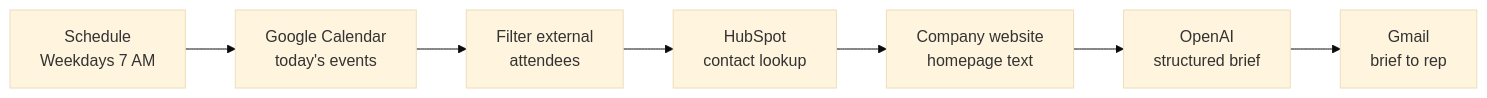
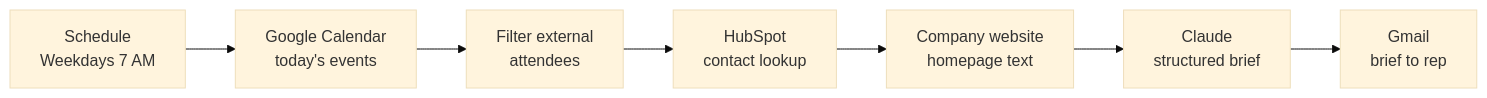
The diagram in Automated Sales Meeting Prep/README.md (Nihal-Hiremath/n8n-ai-automations), drawn with Mermaid (base theme) before and after one commit. The commit also changed other lines of this file and 1 other file, not shown here.

````diff
--- a/Automated Sales Meeting Prep/README.md
+++ b/Automated Sales Meeting Prep/README.md
@@ -11,9 +11,9 @@
 ```mermaid
 flowchart LR
     A[Schedule<br/>Weekdays 7 AM] --> B[Google Calendar<br/>today's events]
     B --> C[Filter external<br/>attendees]
     C --> D[HubSpot<br/>contact lookup]
     D --> E[Company website<br/>homepage text]
-    E --> F[OpenAI<br/>structured brief]
+    E --> F[Claude<br/>structured brief]
     F --> G[Gmail<br/>brief to rep]
 ```
````
